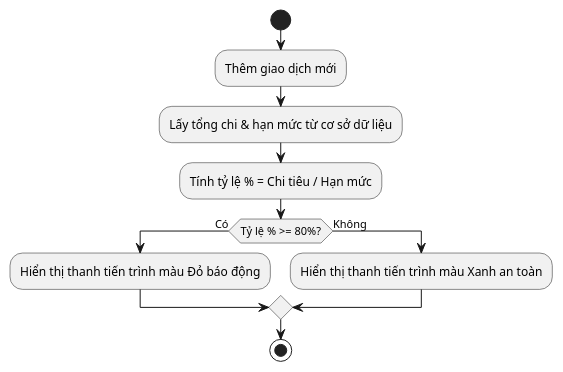
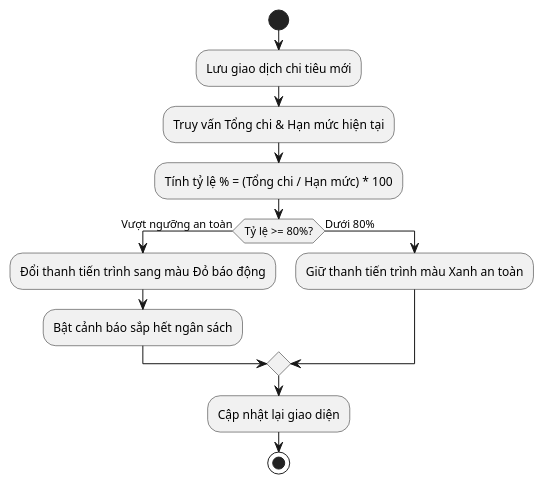
One commit to maikhang160504/spending-diary changed the ninth of 28 diagrams in Luan_van_Hoan_chinh.md. Above: the diagram before and after it, drawn with PlantUML. The commit also changed other lines of this file and 72 other files, not shown here.

````diff
--- a/Luan_van_Hoan_chinh.md
+++ b/Luan_van_Hoan_chinh.md
@@ -852,14 +912,16 @@
 ```plantuml
 @startuml
 start
-:Thêm giao dịch mới;
-:Lấy tổng chi & hạn mức từ cơ sở dữ liệu;
-:Tính tỷ lệ % = Chi tiêu / Hạn mức;
-if (Tỷ lệ % >= 80%?) then (Có)
-  :Hiển thị thanh tiến trình màu Đỏ báo động;
-else (Không)
-  :Hiển thị thanh tiến trình màu Xanh an toàn;
+:Lưu giao dịch chi tiêu mới;
+:Truy vấn Tổng chi & Hạn mức hiện tại;
+:Tính tỷ lệ % = (Tổng chi / Hạn mức) * 100;
+if (Tỷ lệ >= 80%?) then (Vượt ngưỡng an toàn)
+  :Đổi thanh tiến trình sang màu Đỏ báo động;
+  :Bật cảnh báo sắp hết ngân sách;
+else (Dưới 80%)
+  :Giữ thanh tiến trình màu Xanh an toàn;
 endif
+:Cập nhật lại giao diện;
 stop
 @enduml
 ```
````
